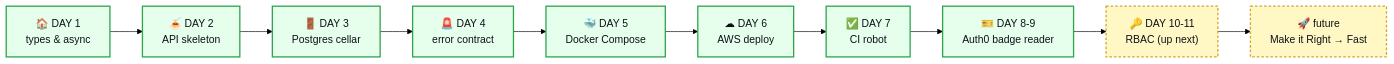
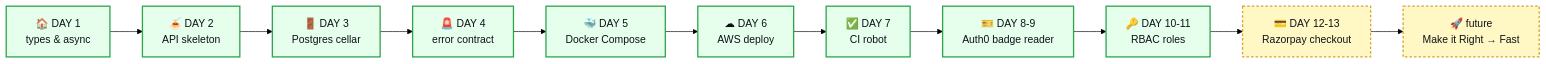
One commit to ratneshmurugesan/tech-foundry changed the second of 4 diagrams in README.md. Above: the diagram before and after it, drawn with Mermaid (forest theme). The commit also changed other lines of this file and 3 other files, not shown here.

First line of the commit message:
docs: day-10/11 RBAC closeout — ADR-012, day-10 note, day-12 prompt, README

````diff
--- a/README.md
+++ b/README.md
@@ -70,18 +70,19 @@
 ```mermaid
 flowchart LR
   D1["🏠 DAY 1<br/>types & async"]
   D2["🍝 DAY 2<br/>API skeleton"]
   D3["🚪 DAY 3<br/>Postgres cellar"]
   D4["🚨 DAY 4<br/>error contract"]
   D5["🐳 DAY 5<br/>Docker Compose"]
   D6["☁ DAY 6<br/>AWS deploy"]
   D7["✅ DAY 7<br/>CI robot"]
   D8["🎫 DAY 8-9<br/>Auth0 badge reader"]
-  D10["🔑 DAY 10-11<br/>RBAC (up next)"]
+  D10["🔑 DAY 10-11<br/>RBAC roles"]
+  D12["💳 DAY 12-13<br/>Razorpay checkout"]
   F["🚀 future<br/>Make it Right → Fast"]
-  D1 --> D2 --> D3 --> D4 --> D5 --> D6 --> D7 --> D8 --> D10 --> F
+  D1 --> D2 --> D3 --> D4 --> D5 --> D6 --> D7 --> D8 --> D10 --> D12 --> F
   classDef done fill:#e6ffed,stroke:#2ea44f,stroke-width:2px,color:#0d1117;
   classDef next fill:#fff8c5,stroke:#d4a72c,stroke-width:2px,stroke-dasharray:4 3,color:#0d1117;
-  class D1,D2,D3,D4,D5,D6,D7,D8 done;
-  class D10,F next;
+  class D1,D2,D3,D4,D5,D6,D7,D8,D10 done;
+  class D12,F next;
 ```
````
